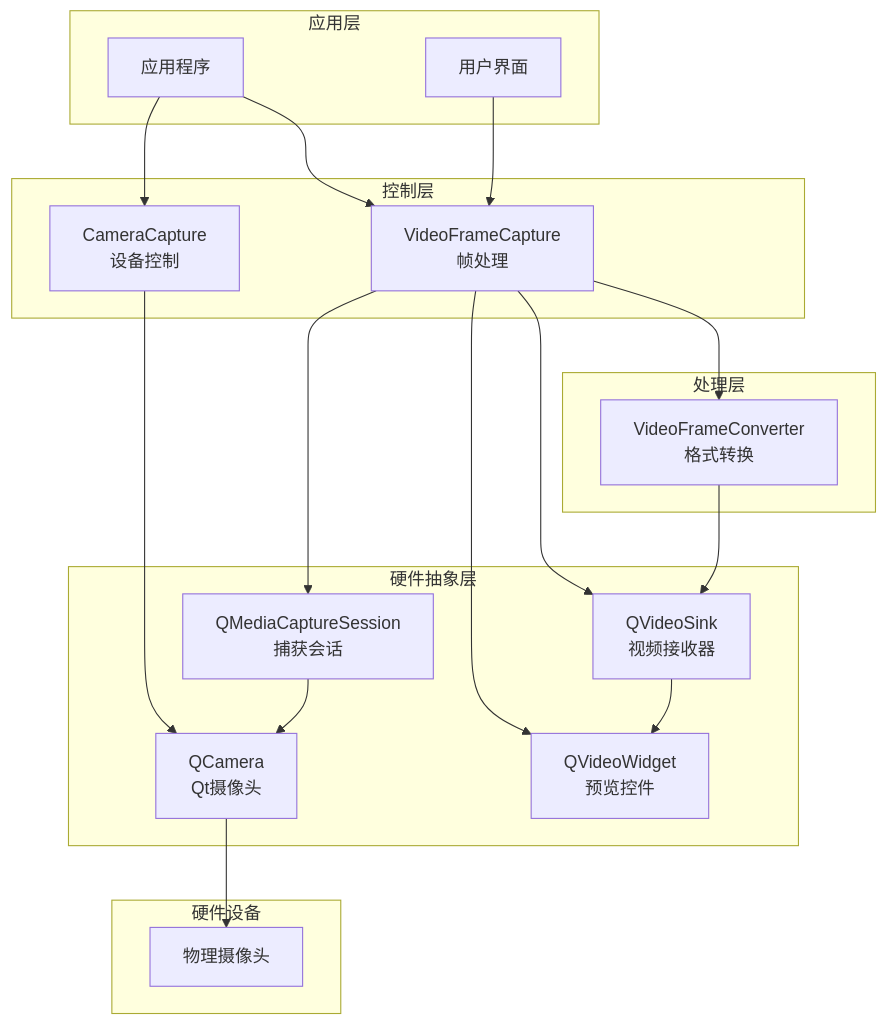
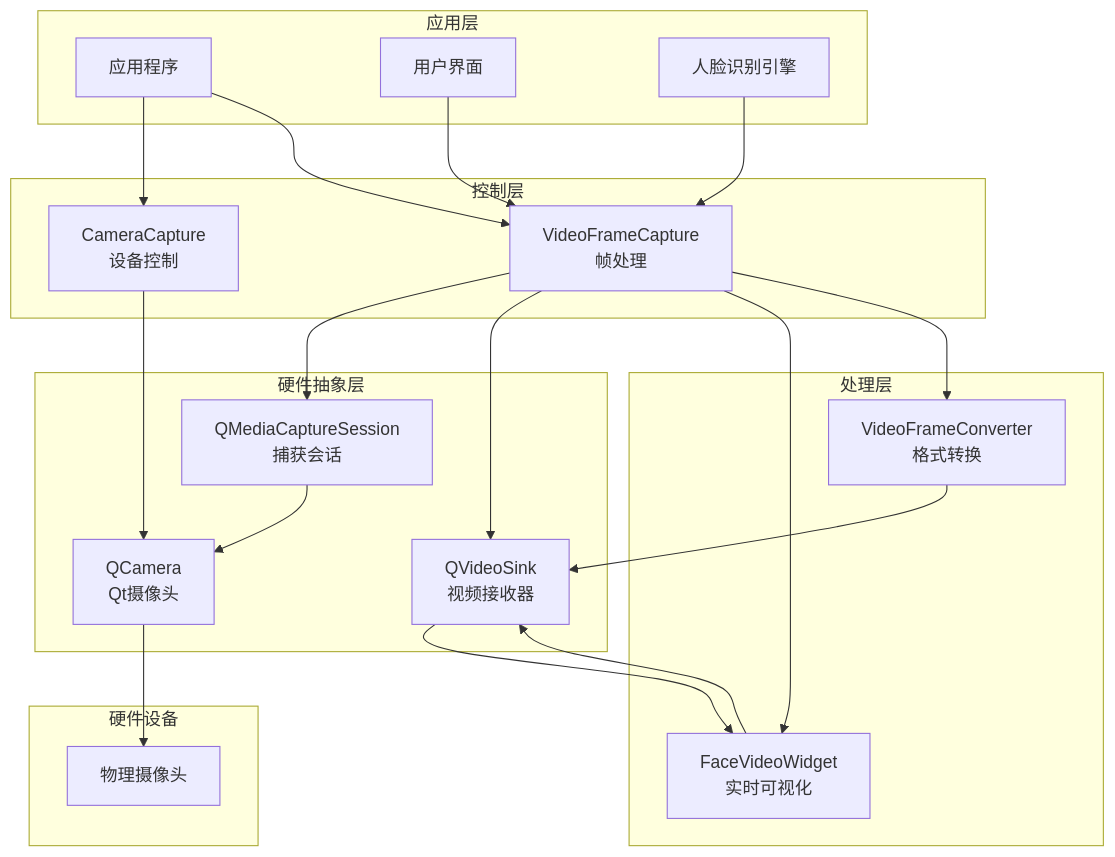
Before and after one commit to HeQiTZD/Triple-terminal-Attendance-Punching-System: the second of 11 diagrams in .qoder/repowiki/zh/content/核心模块/摄像头采集模块/摄像头采集模块.md, drawn with Mermaid. The commit also changed other lines of this file and 44 other files, not shown here.

````diff
--- a/.qoder/repowiki/zh/content/核心模块/摄像头采集模块/摄像头采集模块.md
+++ b/.qoder/repowiki/zh/content/核心模块/摄像头采集模块/摄像头采集模块.md
@@ -119,35 +155,38 @@
 ```mermaid
 graph TB
 subgraph "应用层"
 App[应用程序]
 UI[用户界面]
+FR[人脸识别引擎]
 end
 subgraph "控制层"
 CC[CameraCapture<br/>设备控制]
 VFC[VideoFrameCapture<br/>帧处理]
 end
 subgraph "处理层"
 VFCV[VideoFrameConverter<br/>格式转换]
+FVW[FaceVideoWidget<br/>实时可视化]
 end
 subgraph "硬件抽象层"
 QCamera[QCamera<br/>Qt摄像头]
 QMediaCaptureSession[QMediaCaptureSession<br/>捕获会话]
 QVideoSink[QVideoSink<br/>视频接收器]
-QVideoWidget[QVideoWidget<br/>预览控件]
 end
 subgraph "硬件设备"
 Camera[物理摄像头]
 end
 App --> CC
 App --> VFC
 UI --> VFC
+FR --> VFC
 CC --> QCamera
 VFC --> QMediaCaptureSession
 VFC --> QVideoSink
-VFC --> QVideoWidget
+VFC --> FVW
 QMediaCaptureSession --> QCamera
-QVideoSink --> QVideoWidget
+QVideoSink --> FVW
 QCamera --> Camera
 VFC --> VFCV
 VFCV --> QVideoSink
+FVW --> QVideoSink
 ```
````
